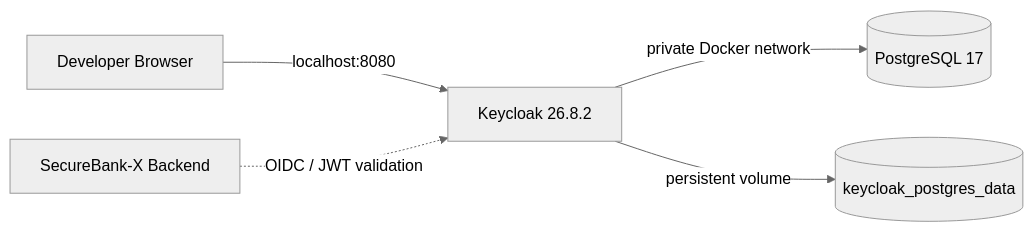
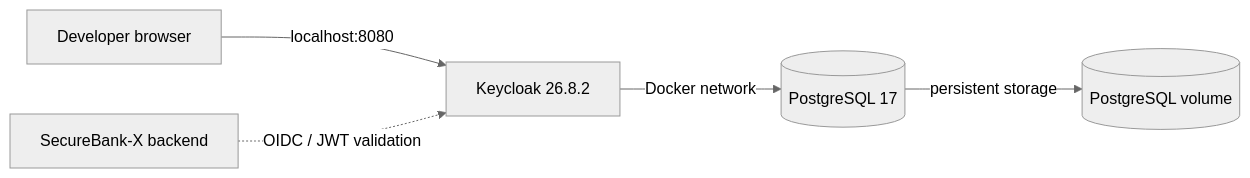
The diagram in README.md (riad67/securebank-x-iam), drawn with Mermaid (neutral theme) before and after one commit. The commit also changed other lines of this file, not shown here.

````diff
--- a/README.md
+++ b/README.md
@@ -19,7 +22,7 @@
 ```mermaid
 flowchart LR
-    Browser[Developer Browser] -->|localhost:8080| KC[Keycloak 26.8.2]
-    KC -->|private Docker network| DB[(PostgreSQL 17)]
-    App[SecureBank-X Backend] -. OIDC / JWT validation .-> KC
-    KC -->|persistent volume| Vol[(keycloak_postgres_data)]
+    Browser[Developer browser] -->|localhost:8080| KC[Keycloak 26.8.2]
+    KC -->|Docker network| DB[(PostgreSQL 17)]
+    DB -->|persistent storage| Vol[(PostgreSQL volume)]
+    App[SecureBank-X backend] -. OIDC / JWT validation .-> KC
 ```
````
